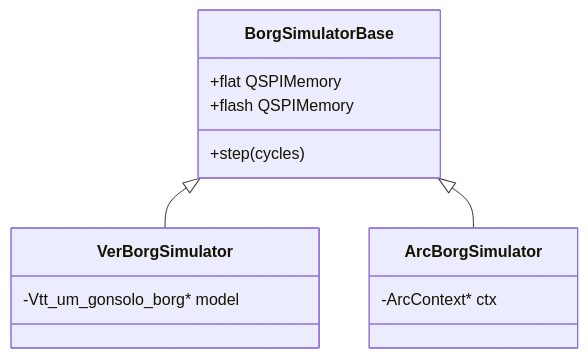
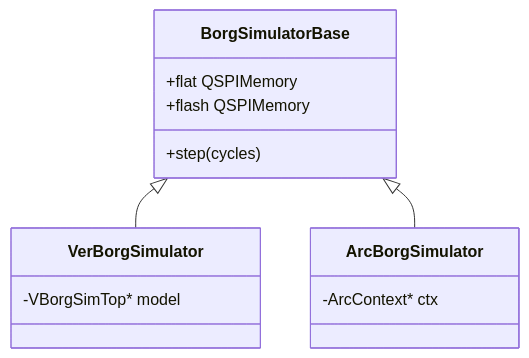
Before and after one commit to gonsolo/Borg: the diagram in docs/06_simulation.md, drawn with Mermaid. The commit also changed other lines of this file and 24 other files, not shown here.

````diff
--- a/docs/06_simulation.md
+++ b/docs/06_simulation.md
@@ -9,10 +9,10 @@
 ```mermaid
 classDiagram
     BorgSimulatorBase <|-- VerBorgSimulator
     BorgSimulatorBase <|-- ArcBorgSimulator
     BorgSimulatorBase : +flat QSPIMemory
     BorgSimulatorBase : +flash QSPIMemory
     BorgSimulatorBase : +step(cycles)
-    VerBorgSimulator : -Vtt_um_gonsolo_borg* model
+    VerBorgSimulator : -VBorgSimTop* model
     ArcBorgSimulator : -ArcContext* ctx
 ```
````
